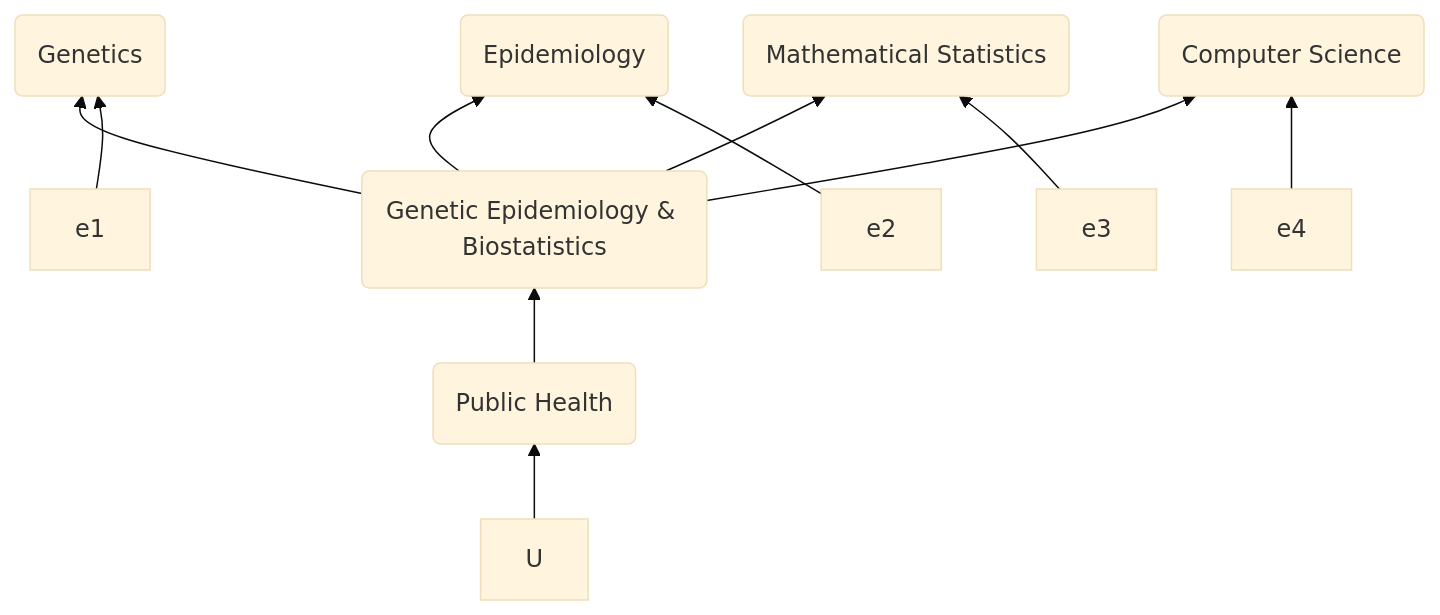
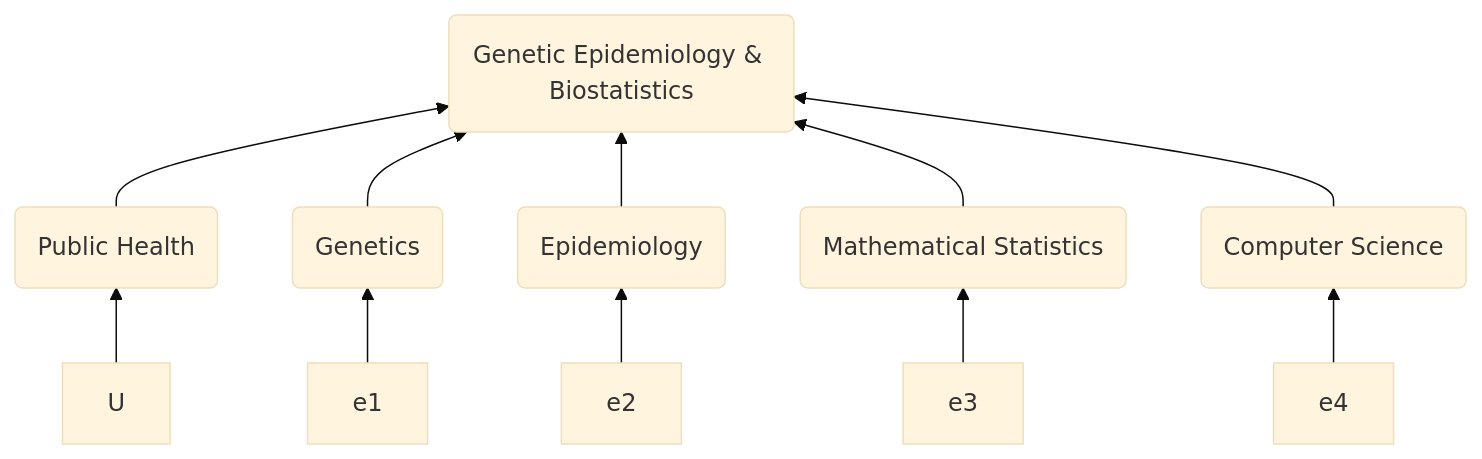
Before and after one commit to jinghuazhao/jinghuazhao.github.io: the diagram in docs/research.md, drawn with Mermaid (base theme). The commit also changed other lines of this file and 2 other files, not shown here.

````diff
--- a/docs/research.md
+++ b/docs/research.md
@@ -50,13 +50,13 @@
 ```mermaid
 graph BT;
 U --> A(Public Health);
 A(Public Health) --> B(Genetic Epidemiology & Biostatistics);
-B(Genetic Epidemiology & Biostatistics) --> F1(Genetics);
-B(Genetic Epidemiology & Biostatistics) --> F2(Epidemiology);
-B(Genetic Epidemiology & Biostatistics) --> F3(Mathematical Statistics);
-B(Genetic Epidemiology & Biostatistics) --> F4(Computer Science);
+F1(Genetics) --> B(Genetic Epidemiology & Biostatistics);
+F2(Epidemiology) --> B(Genetic Epidemiology & Biostatistics);
+F3(Mathematical Statistics) --> B(Genetic Epidemiology & Biostatistics);
+F4(Computer Science) --> B(Genetic Epidemiology & Biostatistics);
 e1 --> F1(Genetics);
 e2 --> F2(Epidemiology);
 e3 --> F3(Mathematical Statistics);
 e4 --> F4(Computer Science);
 ```
````
